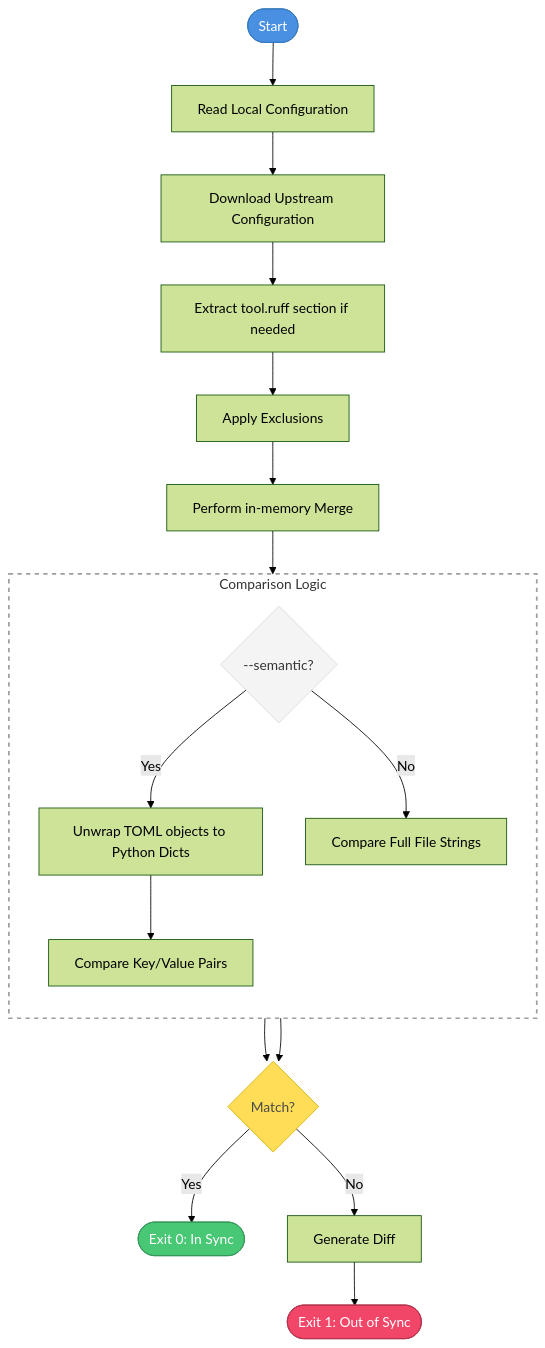
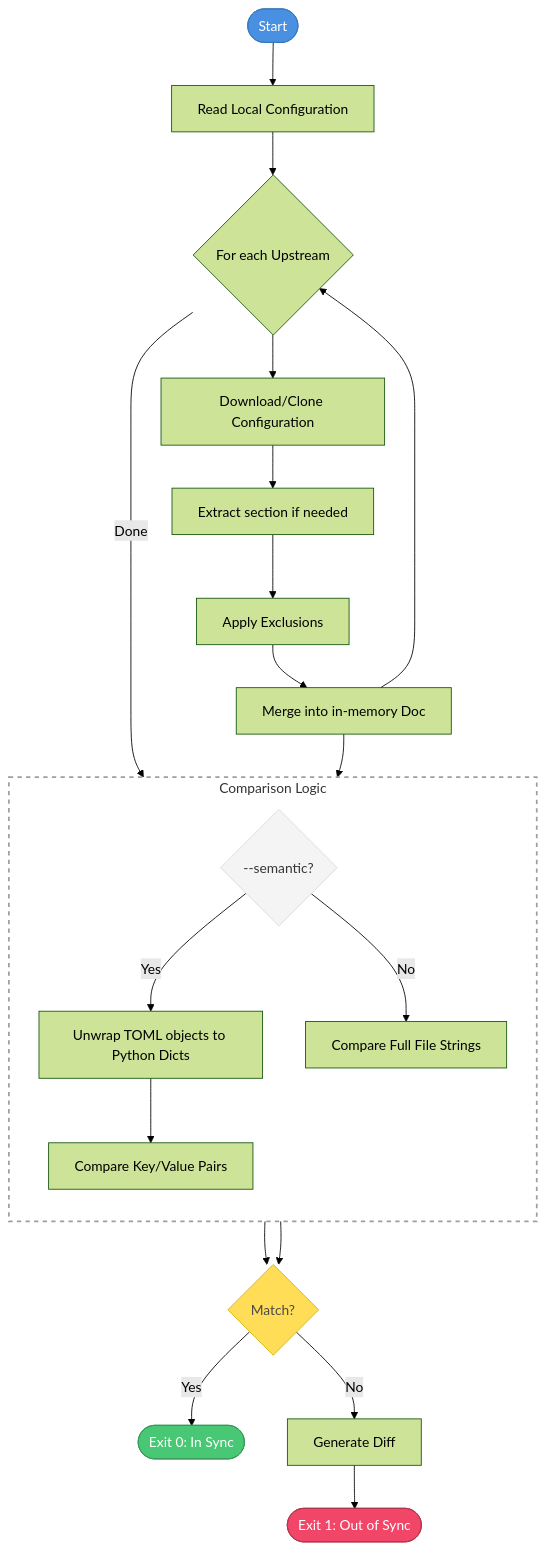
The diagram in README.md (Kilo59/ruff-sync), drawn with Mermaid (forest theme) before and after one commit. The commit also changed other lines of this file and 18 other files, not shown here.

````diff
--- a/README.md
+++ b/README.md
@@ -298,33 +300,36 @@
 ```mermaid
 flowchart TD
     Start([Start]) --> Local[Read Local Configuration]
-    Local --> Upstream[Download Upstream Configuration]
-    Upstream --> Extract[Extract tool.ruff section if needed]
+    Local --> Upstreams{For each Upstream}
+    Upstreams --> Download[Download/Clone Configuration]
+    Download --> Extract[Extract section if needed]
     Extract --> Exclude[Apply Exclusions]
-    Exclude --> Merge[Perform in-memory Merge]
+    Exclude --> Merge[Merge into in-memory Doc]
+    Merge --> Upstreams
+    Upstreams -- Done --> Comparison
 
     subgraph Comparison [Comparison Logic]
         direction TB
         SemanticNode{--semantic?}
         SemanticNode -- Yes --> Unwrap[Unwrap TOML objects to Python Dicts]
         Unwrap --> CompareVal[Compare Key/Value Pairs]
         SemanticNode -- No --> CompareFull[Compare Full File Strings]
     end
 
     Merge --> Comparison
 
     CompareVal --> ResultNode{Match?}
     CompareFull --> ResultNode
 
     ResultNode -- Yes --> Success([Exit 0: In Sync])
     ResultNode -- No --> Diff[Generate Diff]
     Diff --> Fail([Exit 1: Out of Sync])
 
     %% Styling
     style Start fill:#4a90e2,color:#fff,stroke:#357abd
     style Success fill:#48c774,color:#fff,stroke:#36975a
     style Fail fill:#f14668,color:#fff,stroke:#b2334b
     style ResultNode fill:#ffdd57,color:#4a4a4a,stroke:#d4b106
     style Comparison fill:none,stroke:#9e9e9e,stroke-dasharray: 5 5,stroke-width:2px
     style SemanticNode fill:#f4f4f4,color:#363636,stroke:#dbdbdb
 ```
````
